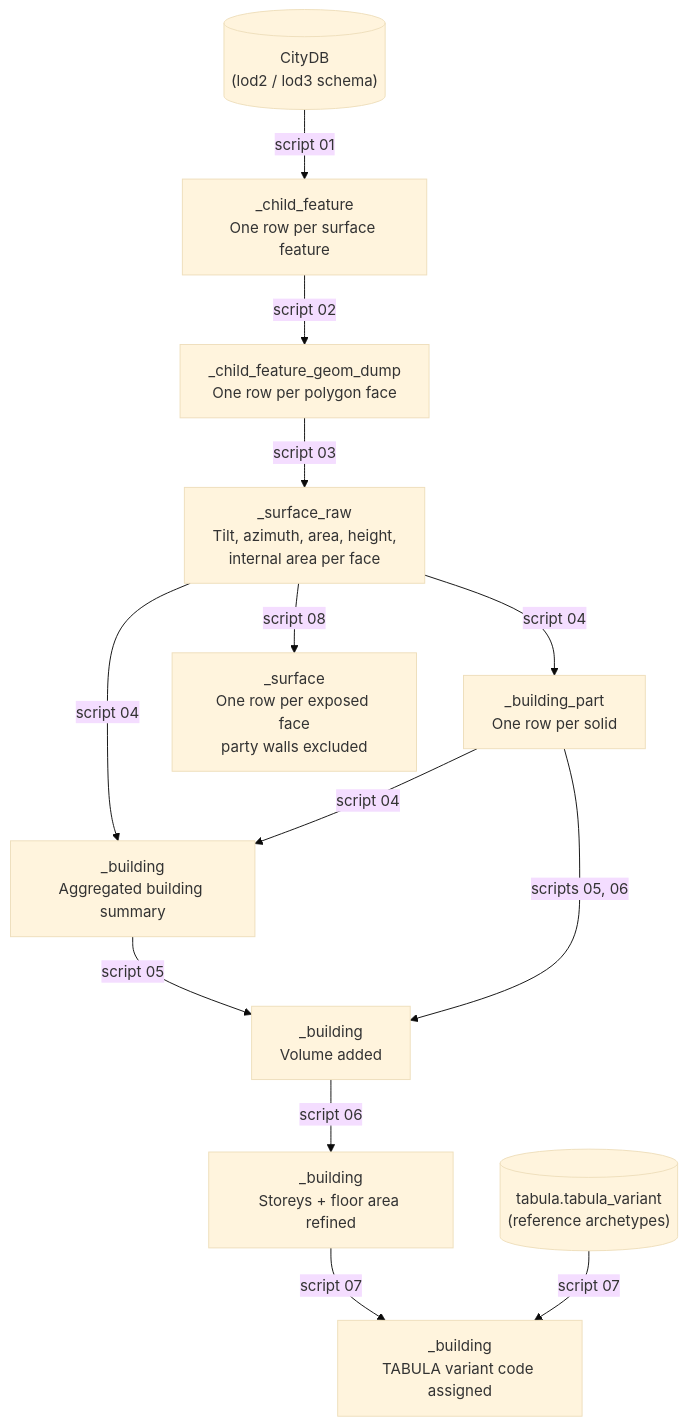
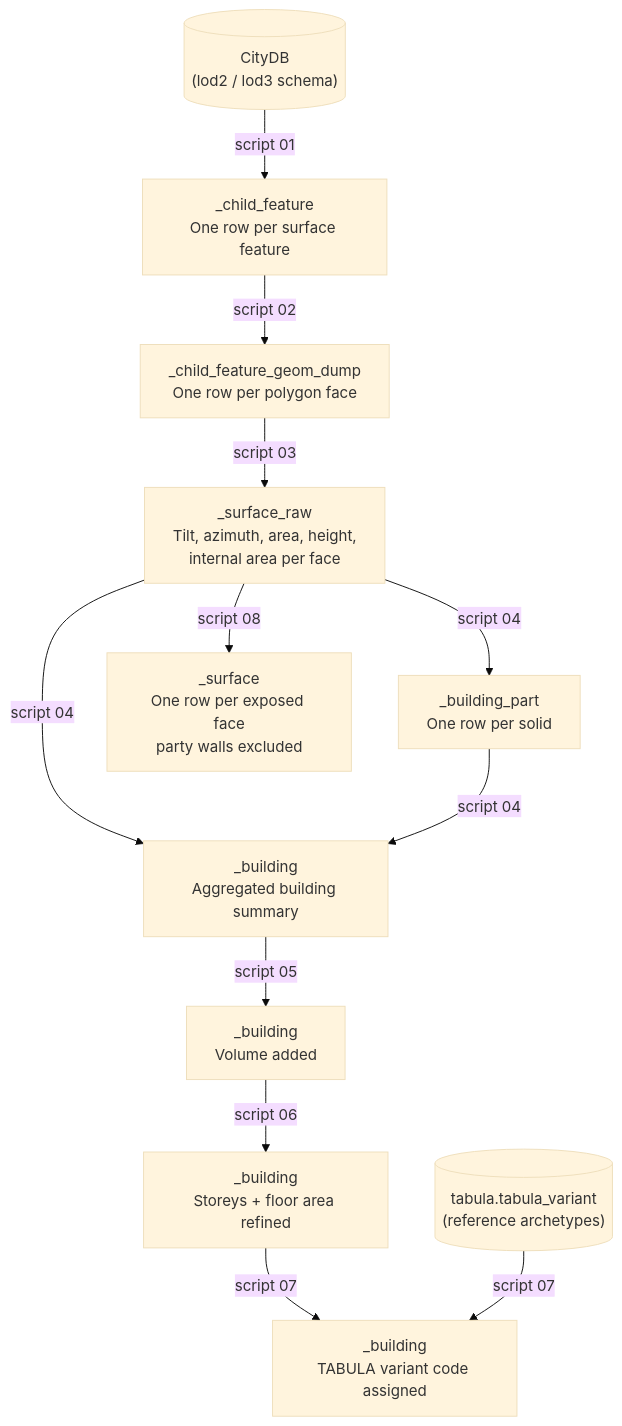
One commit to THD-Spatial-AI/city2tabula changed the diagram in docs/code/sql-pipeline/index.md. Above: the diagram before and after it, drawn with Mermaid (base theme). The commit also changed other lines of this file and 9 other files, not shown here.

````diff
--- a/docs/code/sql-pipeline/index.md
+++ b/docs/code/sql-pipeline/index.md
@@ -30,15 +30,14 @@
 ```mermaid
 flowchart TD
     A[("CityDB<br>(lod2 / lod3 schema)")] -->|script 01| B["_child_feature<br>One row per surface feature"]
     B -->|script 02| C["_child_feature_geom_dump<br>One row per polygon face"]
     C -->|script 03| D["_surface_raw<br>Tilt, azimuth, area, height,<br>internal area per face"]
     D -->|script 04| P["_building_part<br>One row per solid"]
     D -->|script 04| E["_building<br>Aggregated building summary"]
     P -->|script 04| E
     E -->|script 05| F["_building<br>Volume added"]
-    P -->|scripts 05, 06| F
     F -->|script 06| G["_building<br>Storeys + floor area refined"]
     G -->|script 07| H["_building<br>TABULA variant code assigned"]
     I[("tabula.tabula_variant<br>(reference archetypes)")] -->|script 07| H
     D -->|script 08| J["_surface<br>One row per exposed face<br>party walls excluded"]
 ```
````
